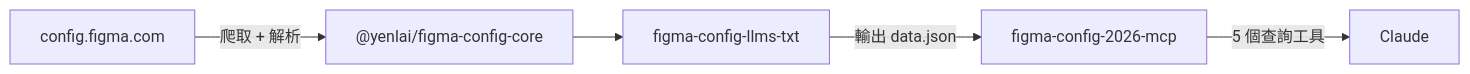
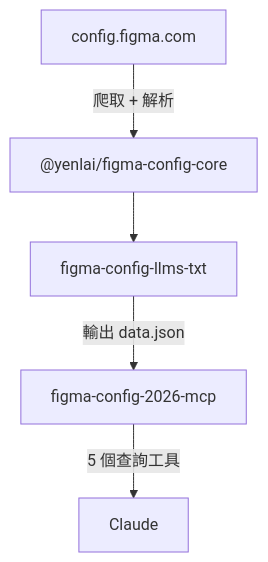
One commit to laiyenju/figma-config-llms-txt changed the diagram in README.md. Above: the diagram before and after it, drawn with Mermaid.

Commit message:
docs: change Mermaid diagram to vertical layout for better readability

````diff
--- a/README.md
+++ b/README.md
@@ -62,7 +62,7 @@
 ```mermaid
-flowchart LR
+flowchart TD
     A[config.figma.com] -->|爬取 + 解析| B["@yenlai/figma-config-core"]
     B --> C[figma-config-llms-txt]
     C -->|輸出 data.json| D[figma-config-2026-mcp]
     D -->|5 個查詢工具| E[Claude]
 ```
````
